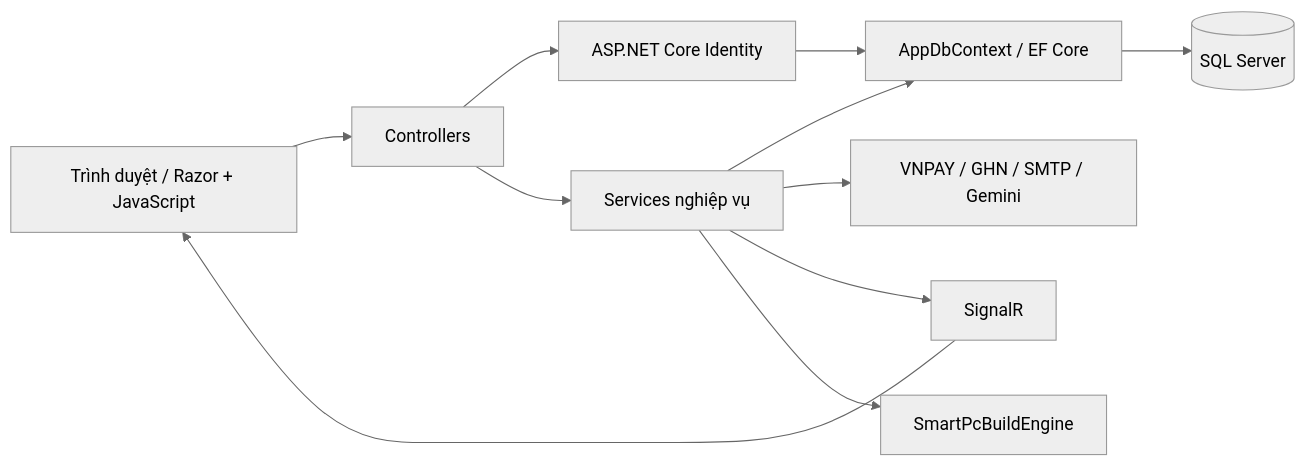
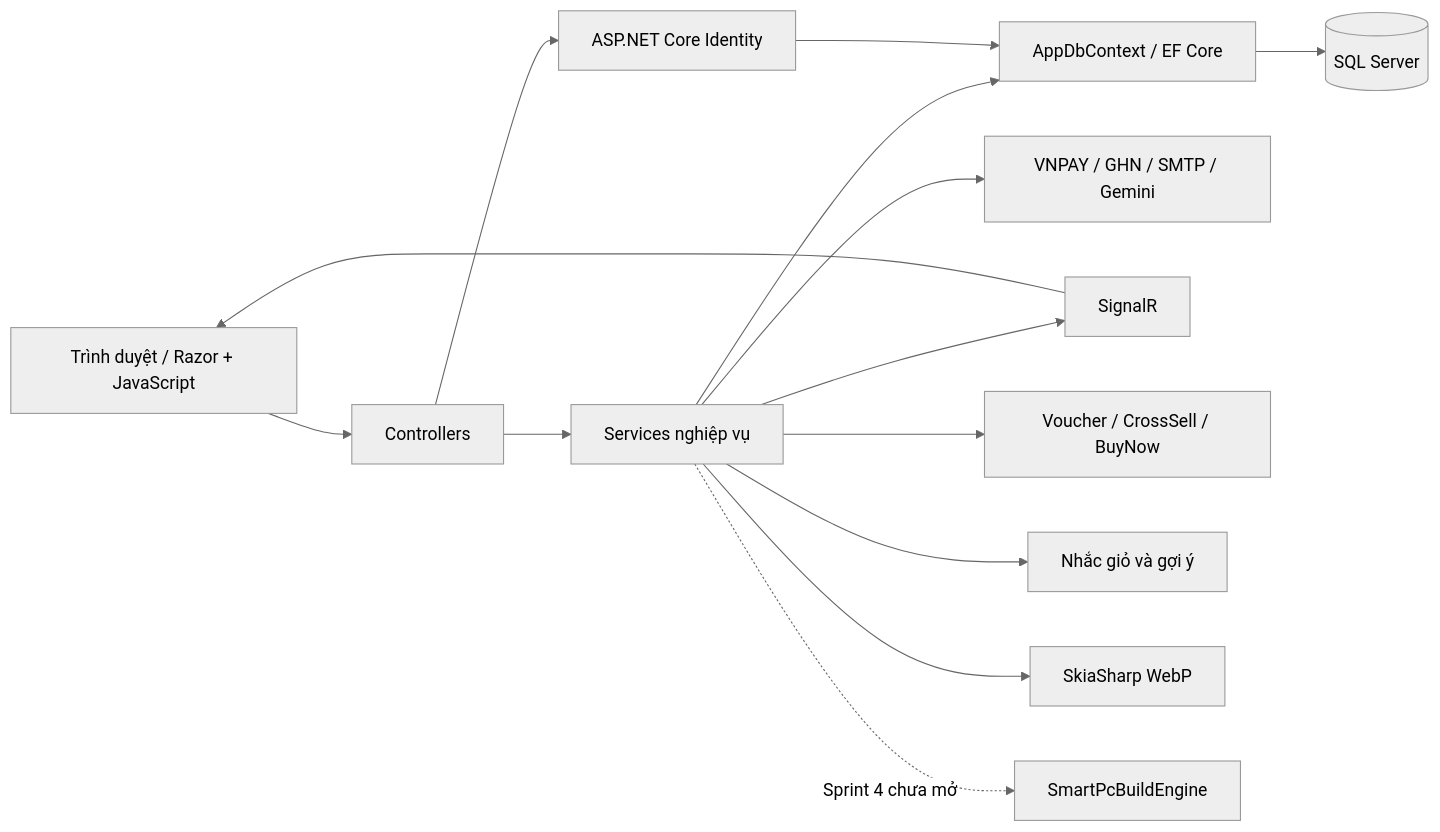
Before and after one commit to Anhtuan2005/cnpm: the first of 2 diagrams in docs/design/architecture.md, drawn with Mermaid (neutral theme). The commit also changed other lines of this file and 16 other files, not shown here.

````diff
--- a/docs/design/architecture.md
+++ b/docs/design/architecture.md
@@ -5,13 +5,16 @@
 ```mermaid
 flowchart LR
     Browser[Trình duyệt / Razor + JavaScript] --> MVC[Controllers]
     MVC --> Identity[ASP.NET Core Identity]
     MVC --> Services[Services nghiệp vụ]
     Services --> EF[AppDbContext / EF Core]
     Identity --> EF
     EF --> SQL[(SQL Server)]
     Services --> Integrations[VNPAY / GHN / SMTP / Gemini]
     Services --> SignalR[SignalR]
     SignalR --> Browser
-    Services --> Engine[SmartPcBuildEngine]
+    Services --> Offers[Voucher / CrossSell / BuyNow]
+    Services --> Recovery[Nhắc giỏ và gợi ý]
+    Services --> Images[SkiaSharp WebP]
+    Services -. Sprint 4 chưa mở .-> Engine[SmartPcBuildEngine]
 ```
````
